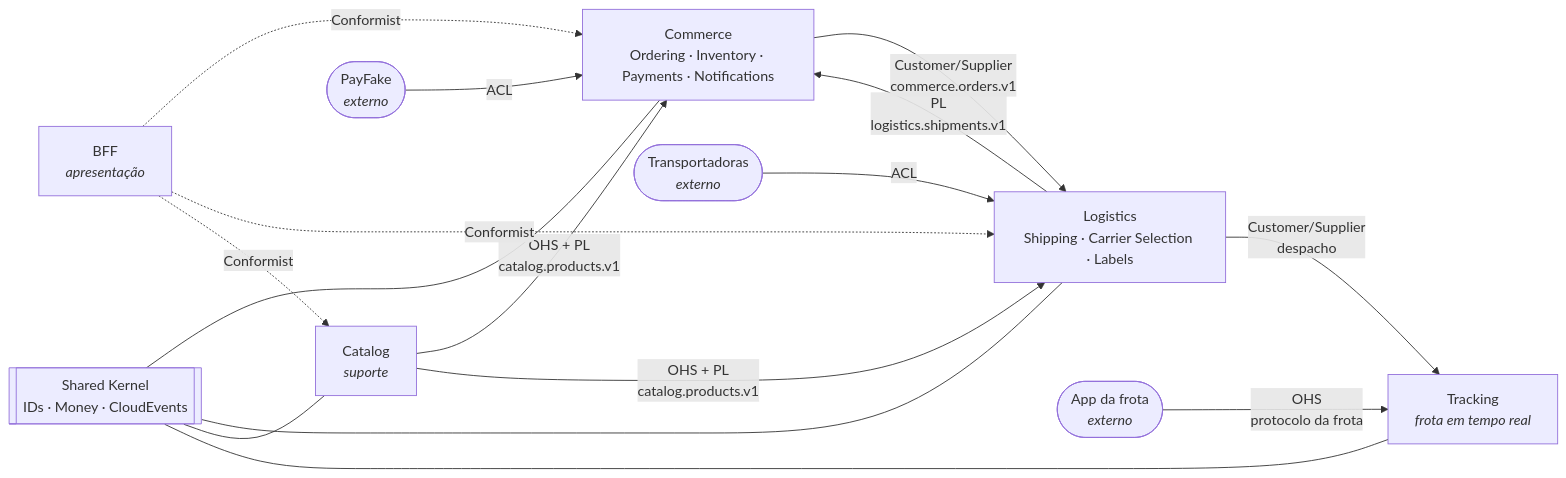
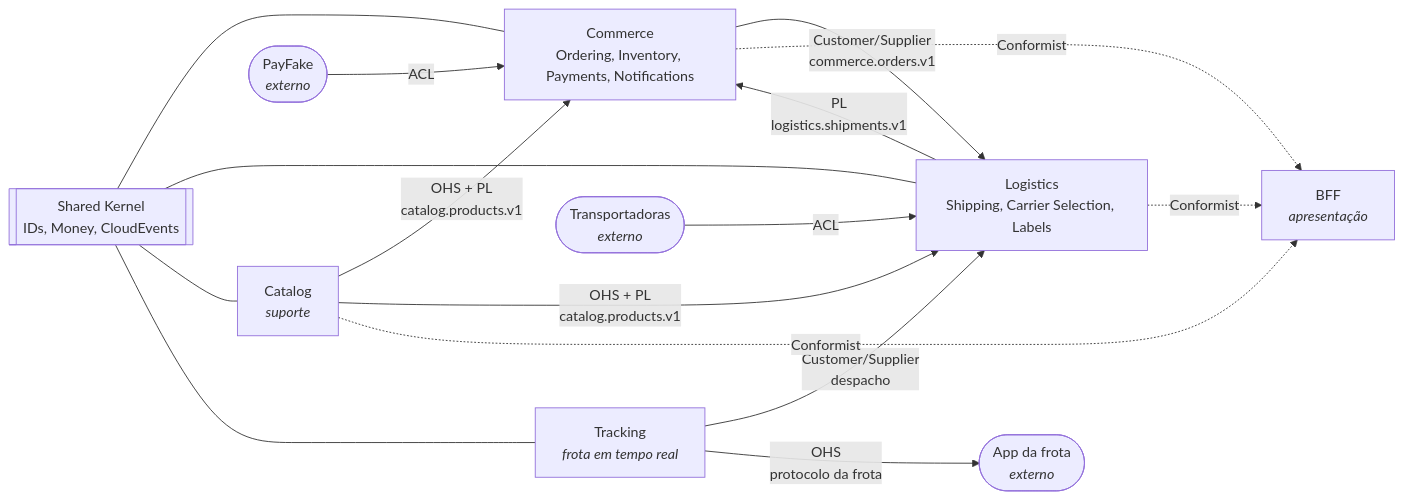
One commit to flaviotinococoutinho/Tucano_vibe_chaos changed the diagram in docs/architecture/context-map.md. Above: the diagram before and after it, drawn with Mermaid. The commit also changed other lines of this file, not shown here.

Commit message:
docs(architecture): fix upstream/downstream arrows in context map

````diff
--- a/docs/architecture/context-map.md
+++ b/docs/architecture/context-map.md
@@ -5,28 +5,28 @@
 ```mermaid
 flowchart LR
   catalog["Catalog<br/><i>suporte</i>"]
-  commerce["Commerce<br/>Ordering · Inventory · Payments · Notifications"]
-  logistics["Logistics<br/>Shipping · Carrier Selection · Labels"]
+  commerce["Commerce<br/>Ordering, Inventory, Payments, Notifications"]
+  logistics["Logistics<br/>Shipping, Carrier Selection, Labels"]
   tracking["Tracking<br/><i>frota em tempo real</i>"]
   bff["BFF<br/><i>apresentação</i>"]
   psp(["PayFake<br/><i>externo</i>"])
   carriers(["Transportadoras<br/><i>externo</i>"])
   devices(["App da frota<br/><i>externo</i>"])
-  kernel[["Shared Kernel<br/>IDs · Money · CloudEvents"]]
+  kernel[["Shared Kernel<br/>IDs, Money, CloudEvents"]]
 
   catalog -- "OHS + PL<br/>catalog.products.v1" --> commerce
   catalog -- "OHS + PL<br/>catalog.products.v1" --> logistics
   commerce -- "Customer/Supplier<br/>commerce.orders.v1" --> logistics
   logistics -- "PL<br/>logistics.shipments.v1" --> commerce
-  logistics -- "Customer/Supplier<br/>despacho" --> tracking
+  tracking -- "Customer/Supplier<br/>despacho" --> logistics
   psp -- "ACL" --> commerce
   carriers -- "ACL" --> logistics
-  devices -- "OHS<br/>protocolo da frota" --> tracking
-  bff -. "Conformist" .-> commerce
-  bff -. "Conformist" .-> logistics
-  bff -. "Conformist" .-> catalog
+  tracking -- "OHS<br/>protocolo da frota" --> devices
+  commerce -. "Conformist" .-> bff
+  logistics -. "Conformist" .-> bff
+  catalog -. "Conformist" .-> bff
   kernel --- commerce
   kernel --- logistics
   kernel --- catalog
   kernel --- tracking
 ```
````
